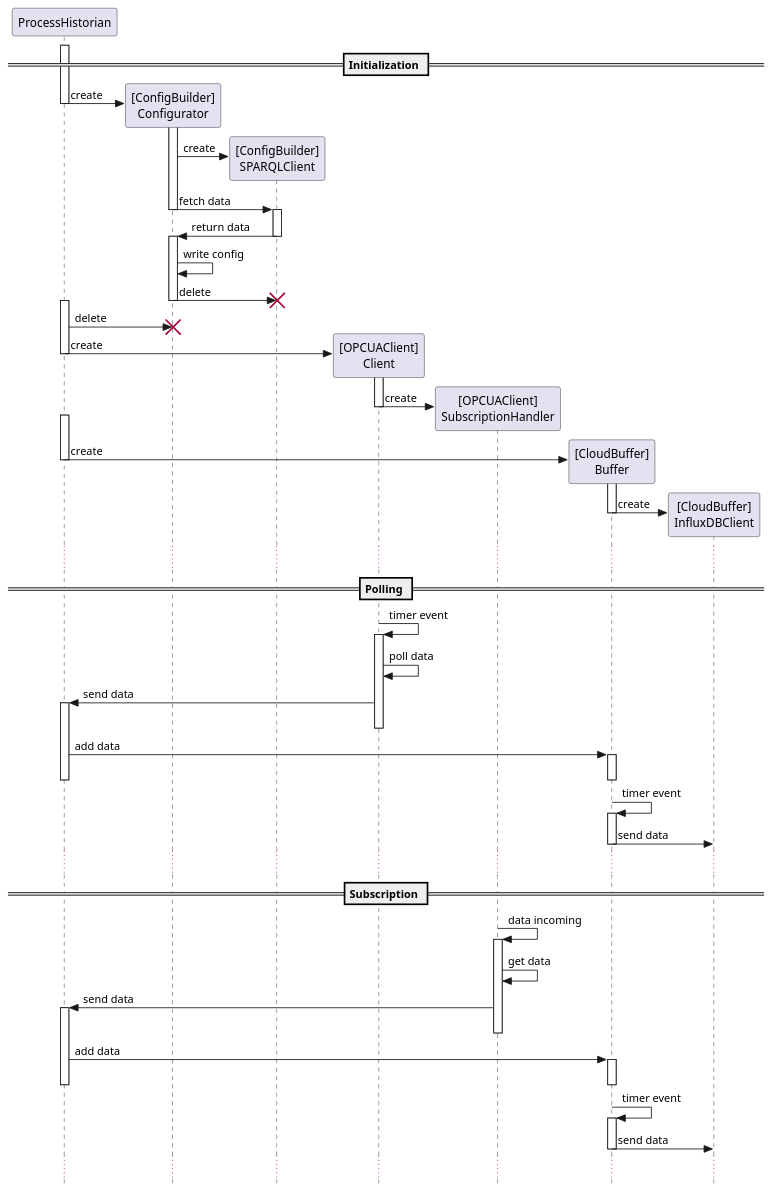
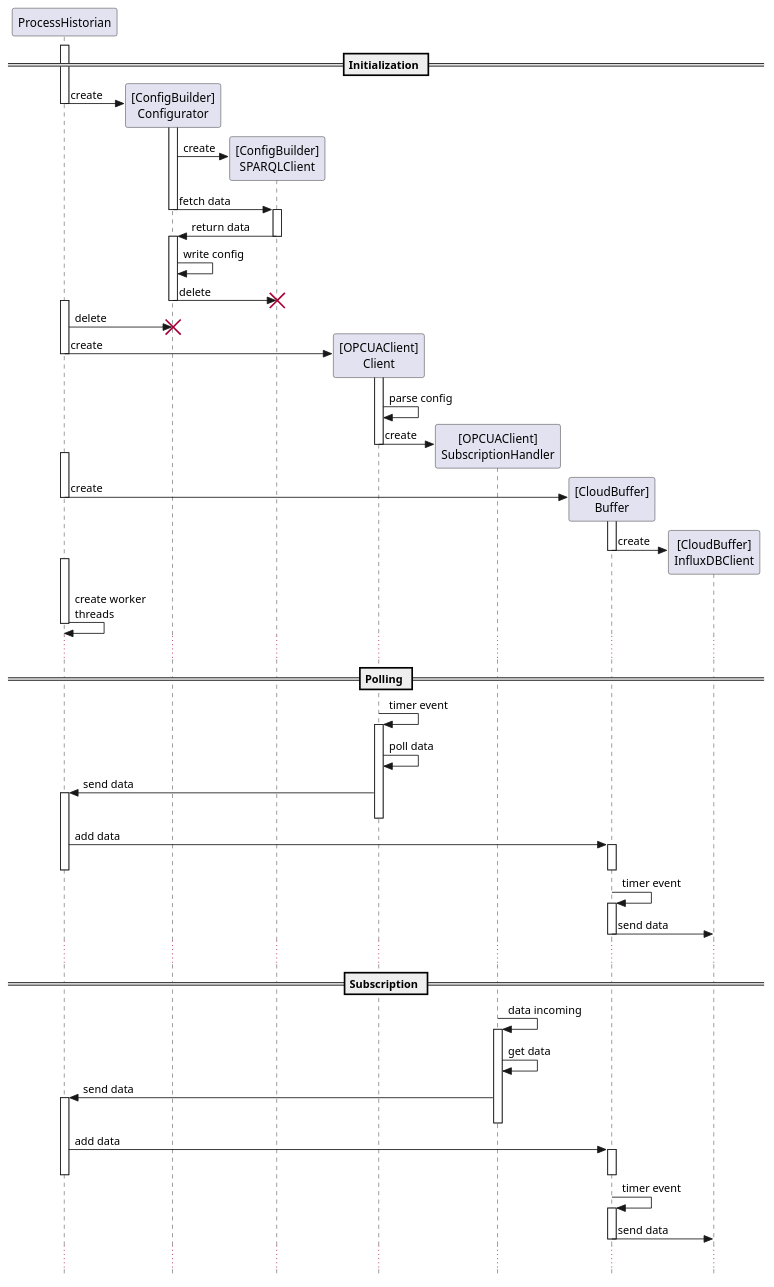
Before and after one commit to Praktikum-PvAS/process-historian: the diagram in documentation/architecture/sequence_diagram.pu, drawn with PlantUML.

Commit message:
Update sequence diagram

```diff
--- a/documentation/architecture/sequence_diagram.pu
+++ b/documentation/architecture/sequence_diagram.pu
@@ -1,71 +1,75 @@
 @startuml "Sequence Diagram"
 skinparam style strictuml
 participant ProcessHistorian
 == Initialization ==
 activate ProcessHistorian
 ProcessHistorian -> "[ConfigBuilder]\nConfigurator" as ConfigBuilder.Configurator ** : create
 deactivate ProcessHistorian
 activate ConfigBuilder.Configurator
 ConfigBuilder.Configurator -> "[ConfigBuilder]\nSPARQLClient" as ConfigBuilder.SPARQLClient ** : create
 ConfigBuilder.Configurator -> ConfigBuilder.SPARQLClient : fetch data
 deactivate ConfigBuilder.Configurator
 activate ConfigBuilder.SPARQLClient
 ConfigBuilder.SPARQLClient -> ConfigBuilder.Configurator : return data
 deactivate ConfigBuilder.SPARQLClient
 activate ConfigBuilder.Configurator
 ConfigBuilder.Configurator -> ConfigBuilder.Configurator : write config
 ConfigBuilder.Configurator -> ConfigBuilder.SPARQLClient !! : delete
 deactivate ConfigBuilder.Configurator
 activate ProcessHistorian
 ProcessHistorian -> ConfigBuilder.Configurator !! : delete
 
 ProcessHistorian -> "[OPCUAClient]\nClient" as OPCUAClient.Client ** : create
 activate OPCUAClient.Client
 deactivate ProcessHistorian
+OPCUAClient.Client -> OPCUAClient.Client : parse config
 OPCUAClient.Client -> "[OPCUAClient]\nSubscriptionHandler" as OPCUAClient.SubscriptionHandler ** : create
 deactivate OPCUAClient.Client
 
 activate ProcessHistorian
 ProcessHistorian -> "[CloudBuffer]\nBuffer" as CloudBuffer.Buffer ** : create
 activate CloudBuffer.Buffer
 deactivate ProcessHistorian
 CloudBuffer.Buffer -> "[CloudBuffer]\nInfluxDBClient" as CloudBuffer.InfluxDBClient ** : create
 deactivate CloudBuffer.Buffer
+activate ProcessHistorian
+ProcessHistorian -> ProcessHistorian : create worker\nthreads
+deactivate ProcessHistorian
 ...
 
 == Polling ==
 
 OPCUAClient.Client -> OPCUAClient.Client : timer event
 activate OPCUAClient.Client
 OPCUAClient.Client -> OPCUAClient.Client : poll data
 OPCUAClient.Client -> ProcessHistorian : send data
 activate ProcessHistorian
 deactivate OPCUAClient.Client
 ProcessHistorian -> CloudBuffer.Buffer : add data
 activate CloudBuffer.Buffer
 deactivate CloudBuffer.Buffer
 deactivate ProcessHistorian
 CloudBuffer.Buffer -> CloudBuffer.Buffer : timer event
 activate CloudBuffer.Buffer
 CloudBuffer.Buffer -> CloudBuffer.InfluxDBClient : send data
 deactivate CloudBuffer.Buffer
 ...
 
 == Subscription ==
 
 OPCUAClient.SubscriptionHandler -> OPCUAClient.SubscriptionHandler : data incoming
 activate OPCUAClient.SubscriptionHandler
 OPCUAClient.SubscriptionHandler -> OPCUAClient.SubscriptionHandler : get data
 OPCUAClient.SubscriptionHandler -> ProcessHistorian : send data
 activate ProcessHistorian
 deactivate OPCUAClient.SubscriptionHandler
 ProcessHistorian -> CloudBuffer.Buffer : add data
 activate CloudBuffer.Buffer
 deactivate CloudBuffer.Buffer
 deactivate ProcessHistorian
 CloudBuffer.Buffer -> CloudBuffer.Buffer : timer event
 activate CloudBuffer.Buffer
 CloudBuffer.Buffer -> CloudBuffer.InfluxDBClient : send data
 deactivate CloudBuffer.Buffer
 ...
 @enduml
```
